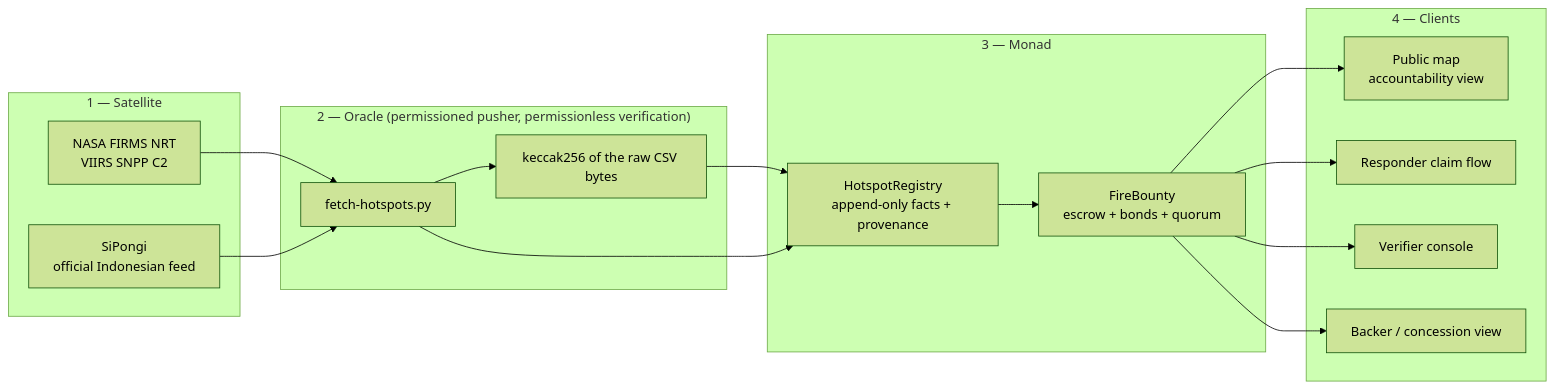
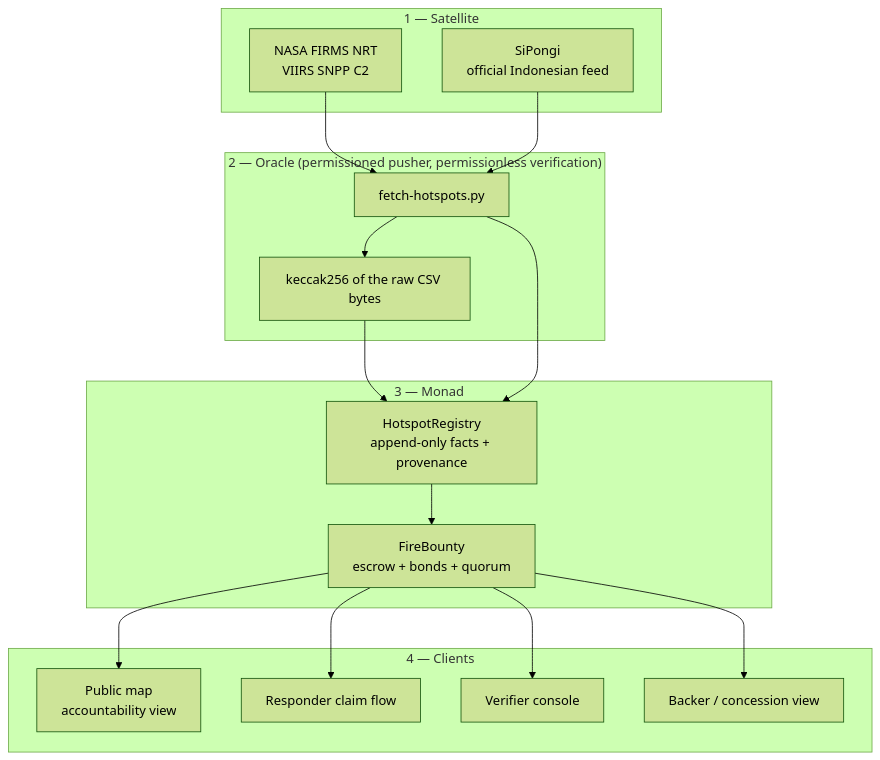
One commit to restuhaqza/asap-monad changed the first of 4 diagrams in docs/WHITEPAPER.md. Above: the diagram before and after it, drawn with Mermaid (forest theme). The commit also changed other lines of this file and 6 other files, not shown here.

````diff
--- a/docs/WHITEPAPER.md
+++ b/docs/WHITEPAPER.md
@@ -109,34 +110,34 @@
 ```mermaid
-flowchart LR
+flowchart TB
     subgraph sat["1 — Satellite"]
         F["NASA FIRMS NRT<br/>VIIRS SNPP C2"]
         S["SiPongi<br/>official Indonesian feed"]
     end
 
     subgraph oracle["2 — Oracle (permissioned pusher, permissionless verification)"]
         P["fetch-hotspots.py"]
         H["keccak256 of the raw CSV bytes"]
     end
 
     subgraph chain["3 — Monad"]
         R["HotspotRegistry<br/>append-only facts + provenance"]
         B["FireBounty<br/>escrow + bonds + quorum"]
     end
 
     subgraph clients["4 — Clients"]
         M["Public map<br/>accountability view"]
         W["Responder claim flow"]
         V["Verifier console"]
         D["Backer / concession view"]
     end
 
     F --> P
     S --> P
     P --> H --> R
     P --> R
     R --> B
     B --> M
     B --> W
     B --> V
     B --> D
 ```
````
